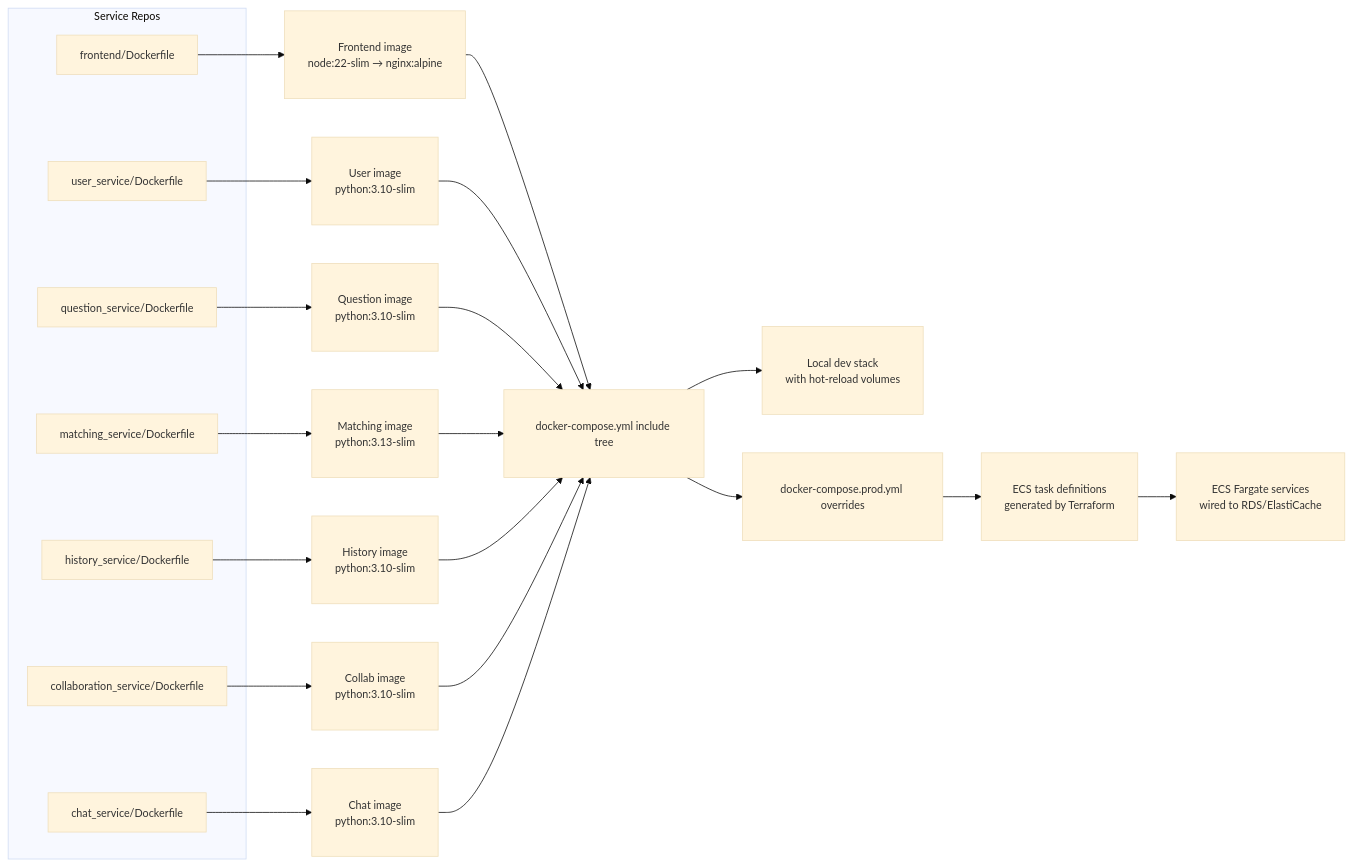
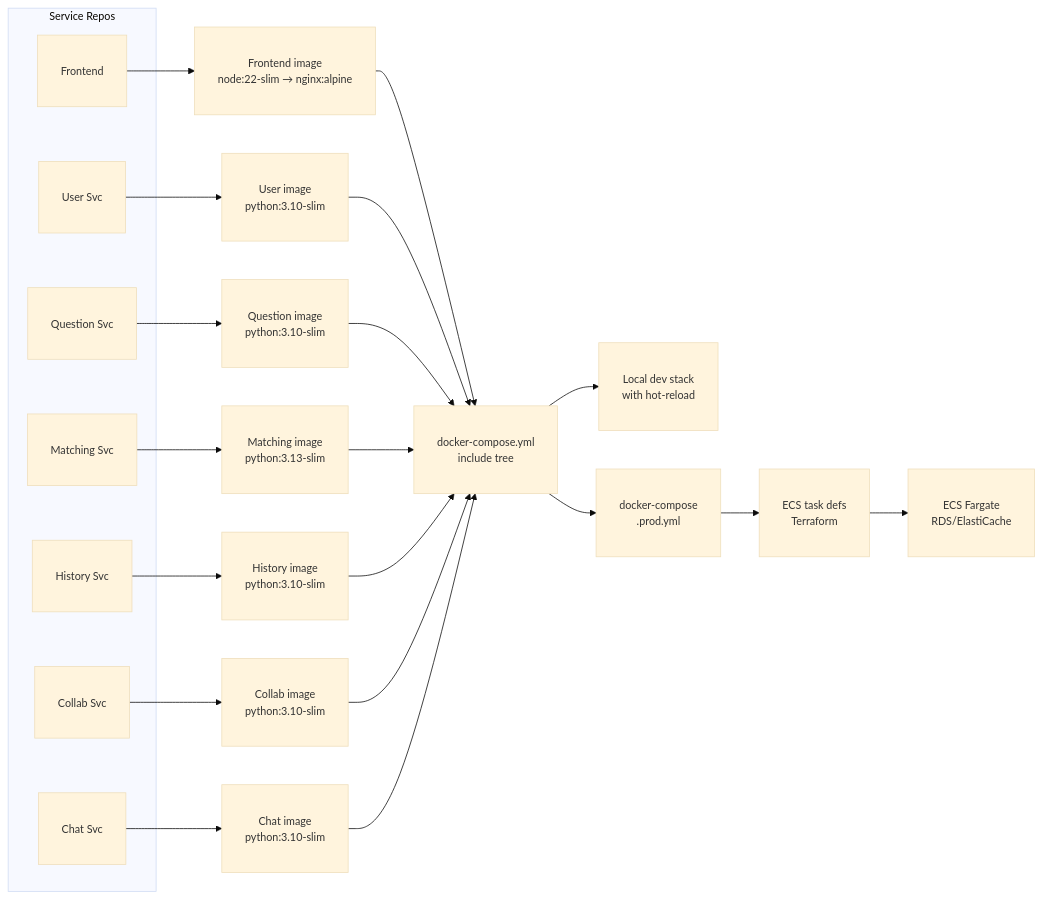
The first of 8 diagrams in docs/p1_deploy.md (JoanneHing/cs3219-ay2526s1-project-g19), drawn with Mermaid before and after one commit. The commit also changed other lines of this file, not shown here.

````diff
--- a/docs/p1_deploy.md
+++ b/docs/p1_deploy.md
@@ -9,36 +9,36 @@
 ```mermaid
 %%{init: {'theme':'base', 'themeVariables': {'fontSize':'14px'}}}%%
 graph LR
   subgraph ServiceRepos["Service Repos"]
-    FE["frontend/Dockerfile"]
-    US["user_service/Dockerfile"]
-    QS["question_service/Dockerfile"]
-    MS["matching_service/Dockerfile"]
-    HS["history_service/Dockerfile"]
-    CS["collaboration_service/Dockerfile"]
-    CH["chat_service/Dockerfile"]
+    FE["Frontend"]
+    US["User Svc"]
+    QS["Question Svc"]
+    MS["Matching Svc"]
+    HS["History Svc"]
+    CS["Collab Svc"]
+    CH["Chat Svc"]
   end
 
   FE --> FE_IMG["Frontend image<br/>node:22-slim → nginx:alpine"]
   US --> US_IMG["User image<br/>python:3.10-slim"]
   QS --> QS_IMG["Question image<br/>python:3.10-slim"]
   MS --> MS_IMG["Matching image<br/>python:3.13-slim"]
   HS --> HS_IMG["History image<br/>python:3.10-slim"]
   CS --> CS_IMG["Collab image<br/>python:3.10-slim"]
   CH --> CH_IMG["Chat image<br/>python:3.10-slim"]
 
-  FE_IMG --> Compose["docker-compose.yml include tree"]
+  FE_IMG --> Compose["docker-compose.yml<br/>include tree"]
   US_IMG --> Compose
   QS_IMG --> Compose
   MS_IMG --> Compose
   HS_IMG --> Compose
   CS_IMG --> Compose
   CH_IMG --> Compose
-  Compose --> DevStack["Local dev stack<br/>with hot-reload volumes"]
-  Compose --> ProdOverlay["docker-compose.prod.yml overrides"]
-  ProdOverlay --> Terraform["ECS task definitions<br/>generated by Terraform"]
-  Terraform --> Fargate["ECS Fargate services<br/>wired to RDS/ElastiCache"]
+  Compose --> DevStack["Local dev stack<br/>with hot-reload"]
+  Compose --> ProdOverlay["docker-compose<br/>.prod.yml"]
+  ProdOverlay --> Terraform["ECS task defs<br/>Terraform"]
+  Terraform --> Fargate["ECS Fargate<br/>RDS/ElastiCache"]
 
   classDef wider padding:10px
-  class FE_IMG,US_IMG,QS_IMG,MS_IMG,HS_IMG,CS_IMG,CH_IMG,Compose,DevStack,ProdOverlay,Terraform,Fargate wider
+  class FE,US,QS,MS,HS,CS,CH,FE_IMG,US_IMG,QS_IMG,MS_IMG,HS_IMG,CS_IMG,CH_IMG,Compose,DevStack,ProdOverlay,Terraform,Fargate wider
 ```
````
